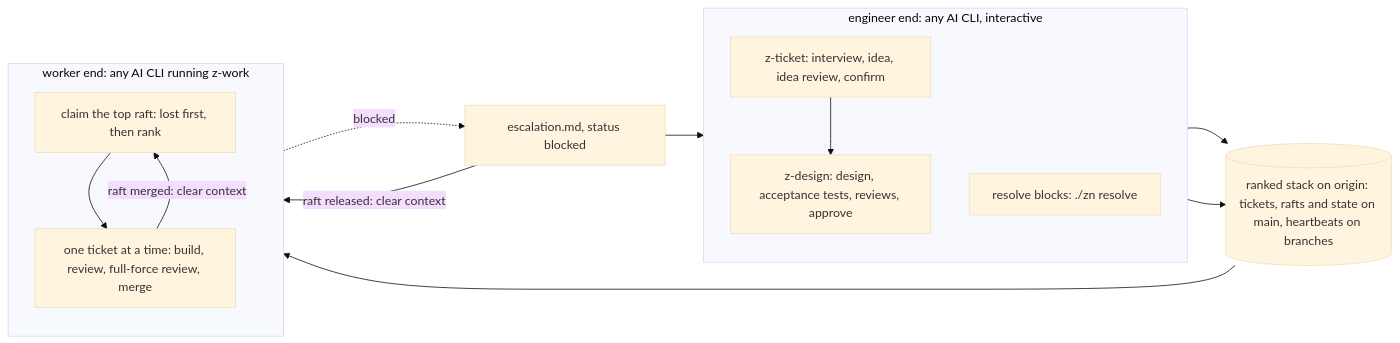
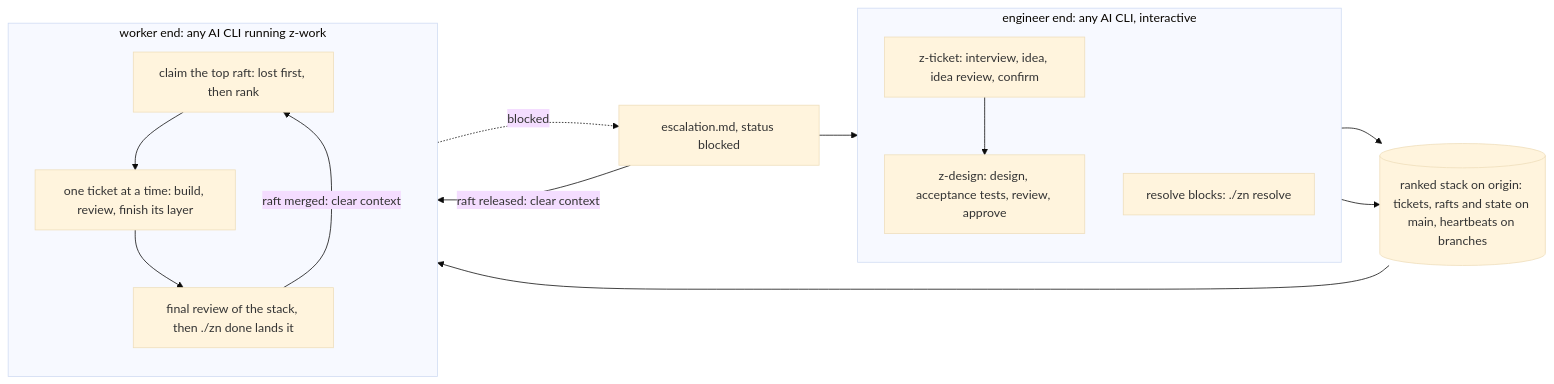
One commit to philipbergen/z-nile changed the second of 3 diagrams in z-nile/.tracker/issues/c0264/experiments/README.draft.md. Above: the diagram before and after it, drawn with Mermaid (base theme). The commit also changed other lines of this file and 16 other files, not shown here.

````diff
--- a/z-nile/.tracker/issues/c0264/experiments/README.draft.md
+++ b/z-nile/.tracker/issues/c0264/experiments/README.draft.md
@@ -36,24 +36,26 @@
 ```mermaid
 flowchart LR
   subgraph eng["engineer end: any AI CLI, interactive"]
     direction TB
     cap["z-ticket: interview, idea, idea review, confirm"]
-    des["z-design: design, acceptance tests, reviews, approve"]
+    des["z-design: design, acceptance tests, review, approve"]
     res["resolve blocks: ./zn resolve"]
     cap --> des
   end
   stack[("ranked stack on origin: tickets, rafts and state on main, heartbeats on branches")]
   subgraph wrk["worker end: any AI CLI running z-work"]
     direction TB
     loop["claim the top raft: lost first, then rank"]
-    layer["one ticket at a time: build, review, full-force review, merge"]
+    layer["one ticket at a time: build, review, finish its layer"]
+    final["final review of the stack, then ./zn done lands it"]
     loop --> layer
+    layer --> final
   end
   eng --> stack
   stack --> loop
-  layer -->|"raft merged: clear context"| loop
+  final -->|"raft merged: clear context"| loop
   layer -. blocked .-> esc["escalation.md, status blocked"]
   esc -->|"raft released: clear context"| loop
   esc --> res
   res --> stack
 ```
````
